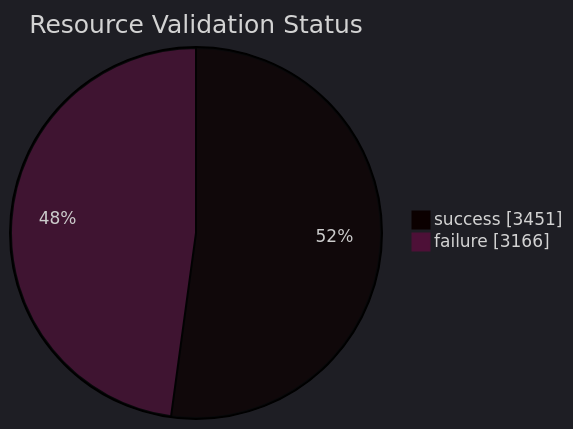
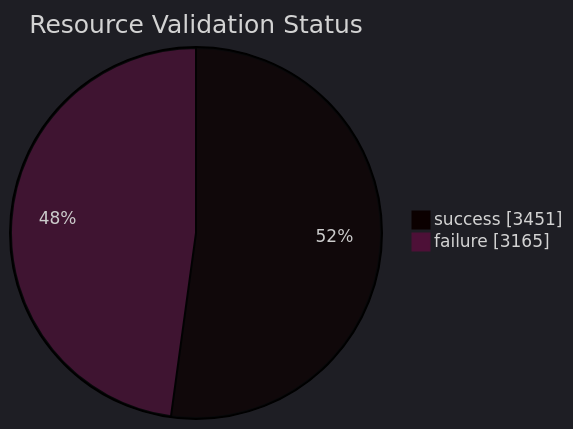
One commit to open-data/analytics-corporate-reporting changed the first of 5 diagrams in datastore_tracker/README.md. Above: the diagram before and after it, drawn with Mermaid. The commit also changed other lines of this file and 6 other files, not shown here.

````diff
--- a/datastore_tracker/README.md
+++ b/datastore_tracker/README.md
@@ -20,9 +20,9 @@
 ```mermaid
 ---
 config:
   theme: dark
 ---
 pie showData title Resource Validation Status
     "success": 3451
-    "failure": 3166
+    "failure": 3165
 ```
````
